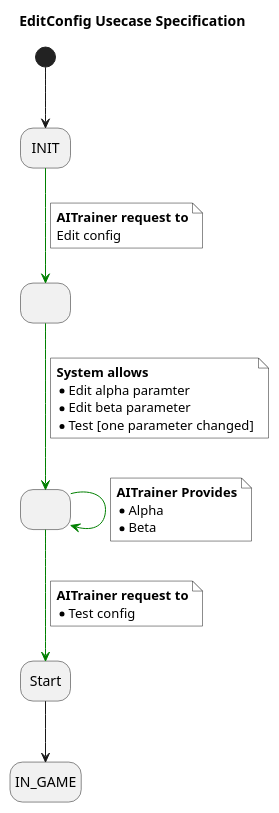
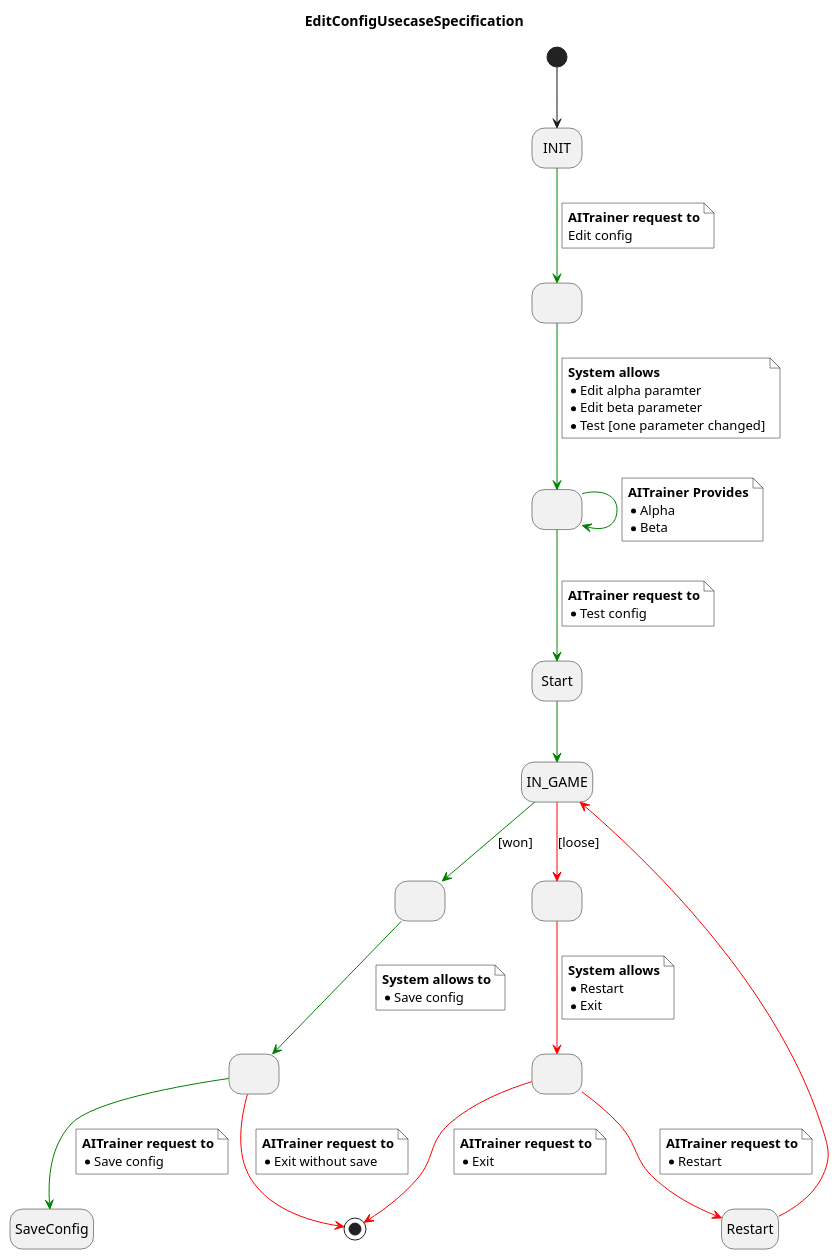
Before and after one commit to Master-Desarrollo-20-21/patrones-diseno---practica-final---juego-de-las-damas-fraylopez: the diagram in docs/src/use-cases/specification/edit-config-spec.plantuml, drawn with PlantUML. The commit also changed 14 other files, not shown here.

Commit message:
update diagrams

```diff
--- a/docs/src/use-cases/specification/edit-config-spec.plantuml
+++ b/docs/src/use-cases/specification/edit-config-spec.plantuml
@@ -1,45 +1,92 @@
 @startuml
-title EditConfig Usecase Specification
+title EditConfigUsecaseSpecification
 skinparam NoteBackgroundColor white
 hide empty description
 
 state INIT as "INIT"
 state IN_GAME
 state Start
 
 state state1 as " "
 state state2 as " "
+state state3 as " "
+state state4 as " "
+state state5 as " "
+state state6 as " "
 
 
 [*] --> INIT
 
 INIT -[#green]-> state1
 note on link #white
   <b>AITrainer request to
   Edit config
 end note
 
 state1 -[#green]-> state2
 note on link #white
   <b>System allows
   * Edit alpha paramter
   * Edit beta parameter
   * Test [one parameter changed]
 end note
 
 state2 -[#green]-> state2
 note on link #white
   <b>AITrainer Provides
   * Alpha
   * Beta
 end note
 
 state2 -[#green]-> Start
 note on link #white
   <b>AITrainer request to
   * Test config
 end note
 
-Start --> IN_GAME
+Start -[#green]-> IN_GAME
+IN_GAME -[#green]-> state3 : [won]
+
+state3 -[#green]-> state4
+note on link #white
+  <b>System allows to
+  * Save config
+end note
+
+state4 -[#green]-> SaveConfig
+note on link #white
+  <b>AITrainer request to
+  * Save config
+end note
+
+state4 -[#red]-> [*]
+note on link #white
+  <b>AITrainer request to
+  * Exit without save
+end note
+
+IN_GAME -[#red]-> state5 : [loose]
+
+state5 -[#red]-> state6
+note on link #white
+  <b>System allows
+  * Restart
+  * Exit
+end note
+
+state6 -[#red]-> Restart
+note on link #white
+  <b>AITrainer request to
+  * Restart
+end note
+
+Restart -[#red]-> IN_GAME
+
+state6 -[#red]-> [*]
+note on link #white
+  <b>AITrainer request to
+  * Exit
+end note
+
 
 @enduml
```
